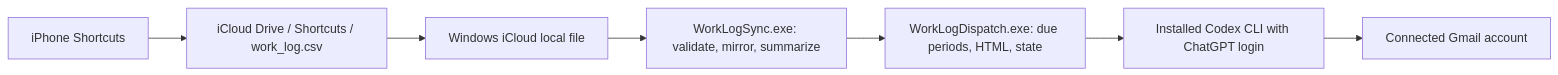
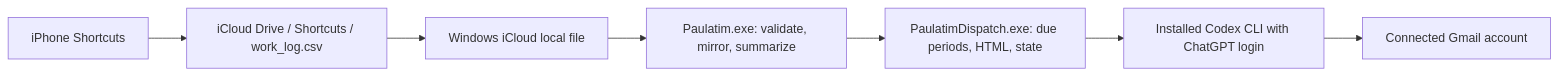
One commit to zhishuo0406-coder/paulatim changed the diagram in README.md. Above: the diagram before and after it, drawn with Mermaid. The commit also changed other lines of this file and 34 other files, not shown here.

````diff
--- a/README.md
+++ b/README.md
@@ -25,9 +25,9 @@
 ```mermaid
 flowchart LR
     S["iPhone Shortcuts"] --> I["iCloud Drive / Shortcuts / work_log.csv"]
     I --> W["Windows iCloud local file"]
-    W --> Y["WorkLogSync.exe: validate, mirror, summarize"]
-    Y --> D["WorkLogDispatch.exe: due periods, HTML, state"]
+    W --> Y["Paulatim.exe: validate, mirror, summarize"]
+    Y --> D["PaulatimDispatch.exe: due periods, HTML, state"]
     D --> C["Installed Codex CLI with ChatGPT login"]
     C --> G["Connected Gmail account"]
 ```
````
